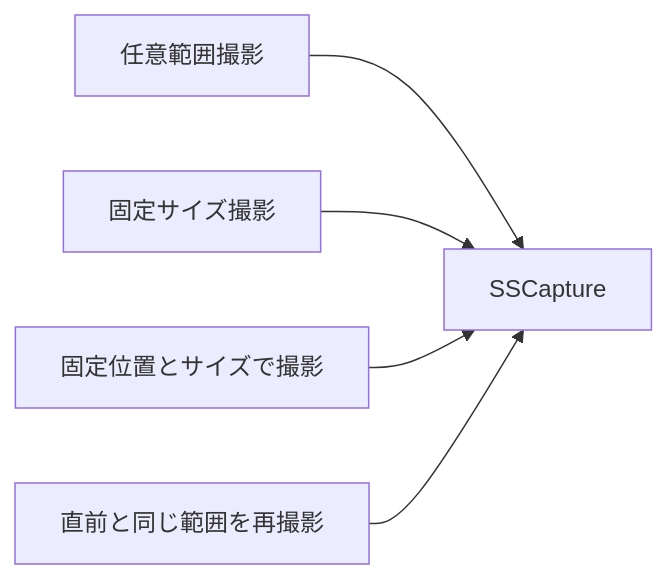
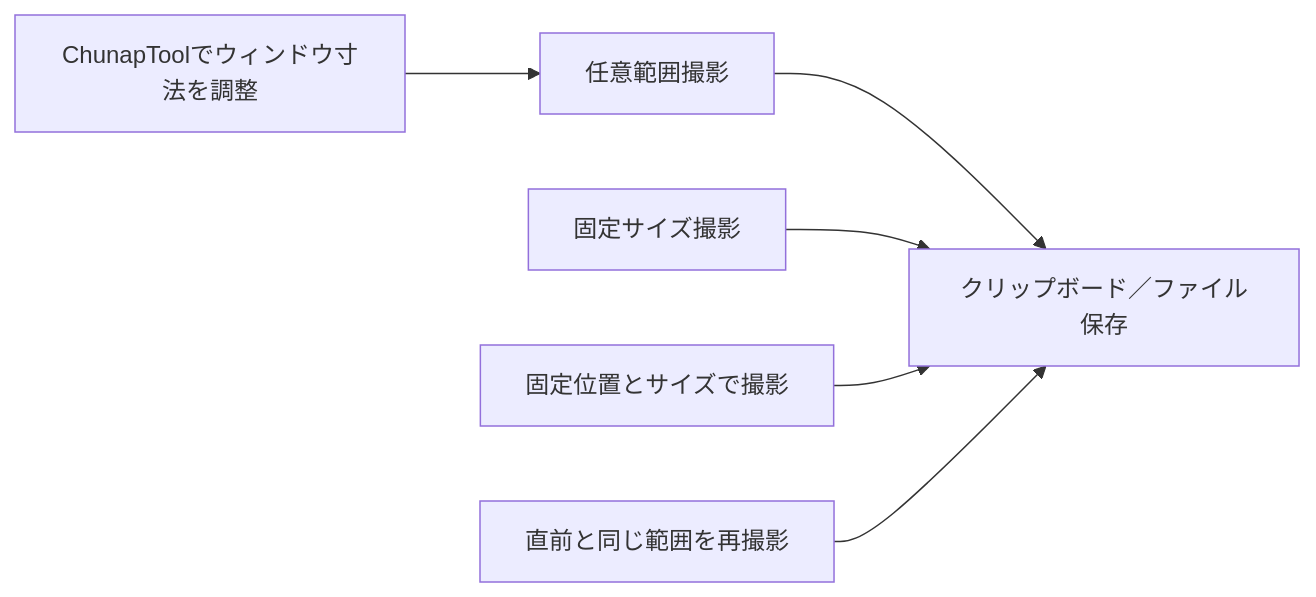
One commit to KotorinChunChun/SSCapture changed the first of 2 diagrams in README.md. Above: the diagram before and after it, drawn with Mermaid. The commit also changed other lines of this file, not shown here.

Commit message:
活用フロー図を出力先と連携アプリの用途に合わせる

````diff
--- a/README.md
+++ b/README.md
@@ -9,7 +9,8 @@
 ```mermaid
 flowchart LR
-    area["任意範囲撮影"] --> capture["SSCapture"]
-    size["固定サイズ撮影"] --> capture
-    position["固定位置とサイズで撮影"] --> capture
-    repeat["直前と同じ範囲を再撮影"] --> capture
+    resize["ChunapToolでウィンドウ寸法を調整"] --> area["任意範囲撮影"]
+    area --> output["クリップボード／ファイル保存"]
+    size["固定サイズ撮影"] --> output
+    position["固定位置とサイズで撮影"] --> output
+    repeat["直前と同じ範囲を再撮影"] --> output
 ```
````
